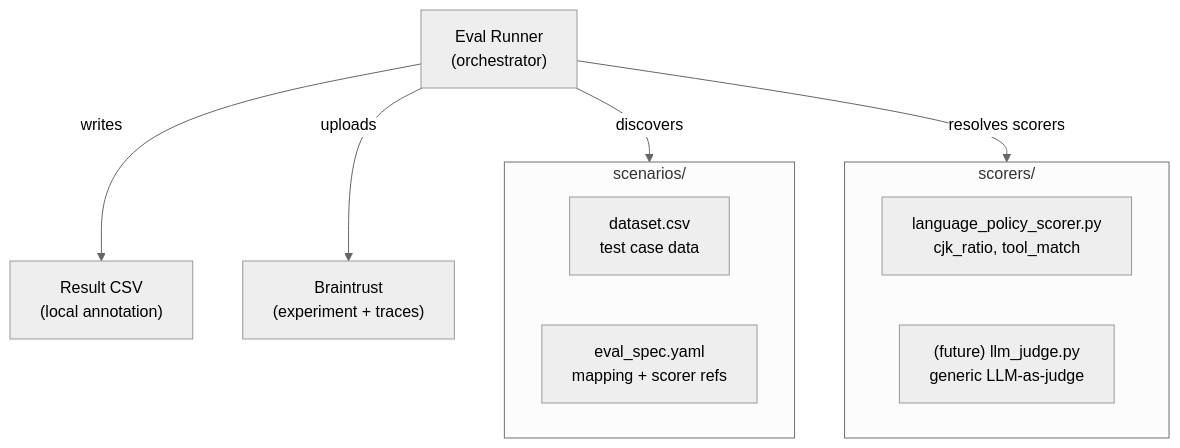
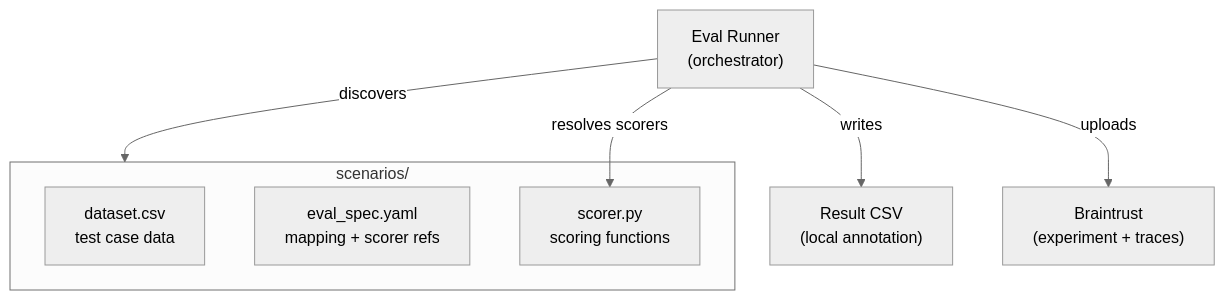
The first of 3 diagrams in backend/evals/ARCHITECTURE.md (wei-yiting/fin-lab-x), drawn with Mermaid (neutral theme) before and after one commit. The commit also changed 19 other files, not shown here.

````diff
--- a/backend/evals/ARCHITECTURE.md
+++ b/backend/evals/ARCHITECTURE.md
@@ -7,20 +7,16 @@
 ```mermaid
 graph TB
     Runner["Eval Runner<br/>(orchestrator)"]
 
     subgraph Scenarios["scenarios/"]
         CSV["dataset.csv<br/>test case data"]
         Config["eval_spec.yaml<br/>mapping + scorer refs"]
-    end
-
-    subgraph Scorers["scorers/"]
-        Lang["language_policy_scorer.py<br/>cjk_ratio, tool_match"]
-        Judge["(future) llm_judge.py<br/>generic LLM-as-judge"]
+        Scorers["scorer.py<br/>scoring functions"]
     end
 
     Runner -->|discovers| Scenarios
     Runner -->|resolves scorers| Scorers
 
     Runner -->|writes| ResultCSV["Result CSV<br/>(local annotation)"]
     Runner -->|uploads| BT["Braintrust<br/>(experiment + traces)"]
 ```
````
